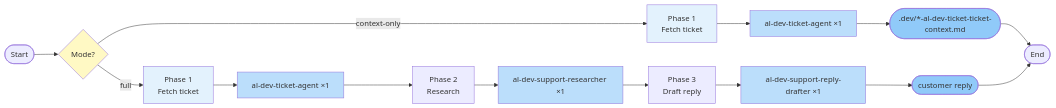
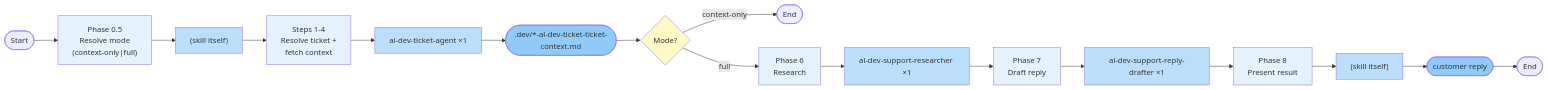
One commit to russell-laing/al-dev-shared changed the second of 24 diagrams in docs/al-dev-skills-map.md. Above: the diagram before and after it, drawn with Mermaid. The commit also changed other lines of this file and 1 other file, not shown here.

````diff
--- a/docs/al-dev-skills-map.md
+++ b/docs/al-dev-skills-map.md
@@ -102,29 +102,33 @@
 ```mermaid
 flowchart LR
-    Start([Start]) --> Decision{Mode?}
-    
-    Decision -->|context-only| Phase1F["Phase 1<br/>Fetch ticket"]
-    Phase1F --> Agent1F["al-dev-ticket-agent ×1"]
-    Agent1F --> Output1F([".dev/*-al-dev-ticket-ticket-context.md"])
-    
-    Decision -->|full| Phase1S["Phase 1<br/>Fetch ticket"]
-    Phase1S --> Agent1S["al-dev-ticket-agent ×1"]
-    Agent1S --> Phase2S["Phase 2<br/>Research"]
-    Phase2S --> Agent2S["al-dev-support-researcher ×1"]
-    Agent2S --> Phase3S["Phase 3<br/>Draft reply"]
-    Phase3S --> Agent3S["al-dev-support-reply-drafter ×1"]
-    Agent3S --> Output1S(["customer reply"])
+    Start([Start]) --> Phase05["Phase 0.5<br/>Resolve mode<br/>(context-only|full)"]
+    Phase05 --> SkillWork05["(skill itself)"]
+    SkillWork05 --> Phase1["Steps 1-4<br/>Resolve ticket +<br/>fetch context"]
+    Phase1 --> Agent1["al-dev-ticket-agent ×1"]
+    Agent1 --> Output1F([".dev/*-al-dev-ticket-ticket-context.md"])
+    Output1F --> Phase5{Mode?}
 
-    Output1F --> End([End])
-    Output1S --> End
+    Phase5 -->|context-only| End1([End])
+    Phase5 -->|full| Phase6["Phase 6<br/>Research"]
+    Phase6 --> Agent2["al-dev-support-researcher ×1"]
+    Agent2 --> Phase7["Phase 7<br/>Draft reply"]
+    Phase7 --> Agent3["al-dev-support-reply-drafter ×1"]
+    Agent3 --> Phase8["Phase 8<br/>Present result"]
+    Phase8 --> SkillWork8["(skill itself)"]
+    SkillWork8 --> Output2(["customer reply"])
+    Output2 --> End2([End])
 
-    style Decision fill:#fff9c4
-    style Phase1F fill:#e3f2fd
-    style Phase1S fill:#e3f2fd
-    style Agent1F fill:#bbdefb
-    style Agent1S fill:#bbdefb
-    style Agent2S fill:#bbdefb
-    style Agent3S fill:#bbdefb
+    style Phase05 fill:#e3f2fd
+    style Phase1 fill:#e3f2fd
+    style Phase5 fill:#fff9c4
+    style Phase6 fill:#e3f2fd
+    style Phase7 fill:#e3f2fd
+    style Phase8 fill:#e3f2fd
+    style SkillWork05 fill:#bbdefb
+    style SkillWork8 fill:#bbdefb
+    style Agent1 fill:#bbdefb
+    style Agent2 fill:#bbdefb
+    style Agent3 fill:#bbdefb
     style Output1F fill:#90caf9
-    style Output1S fill:#90caf9
+    style Output2 fill:#90caf9
 ```
````
